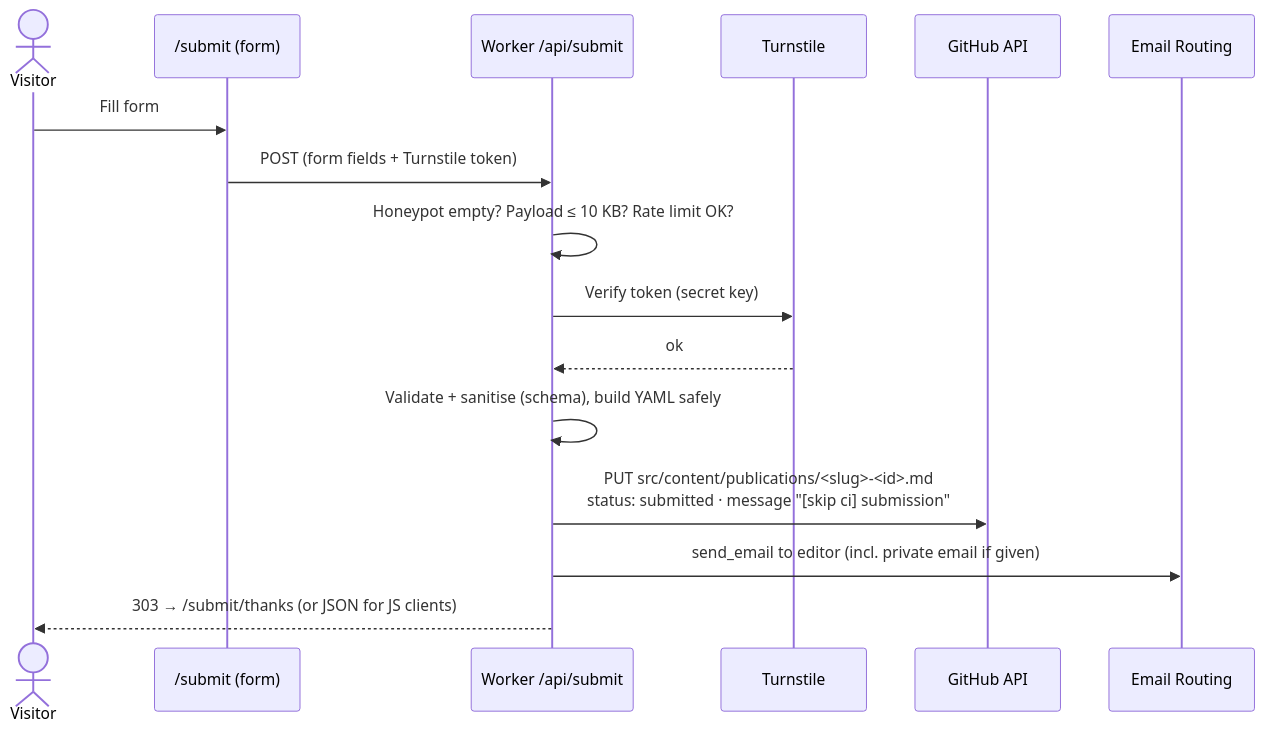
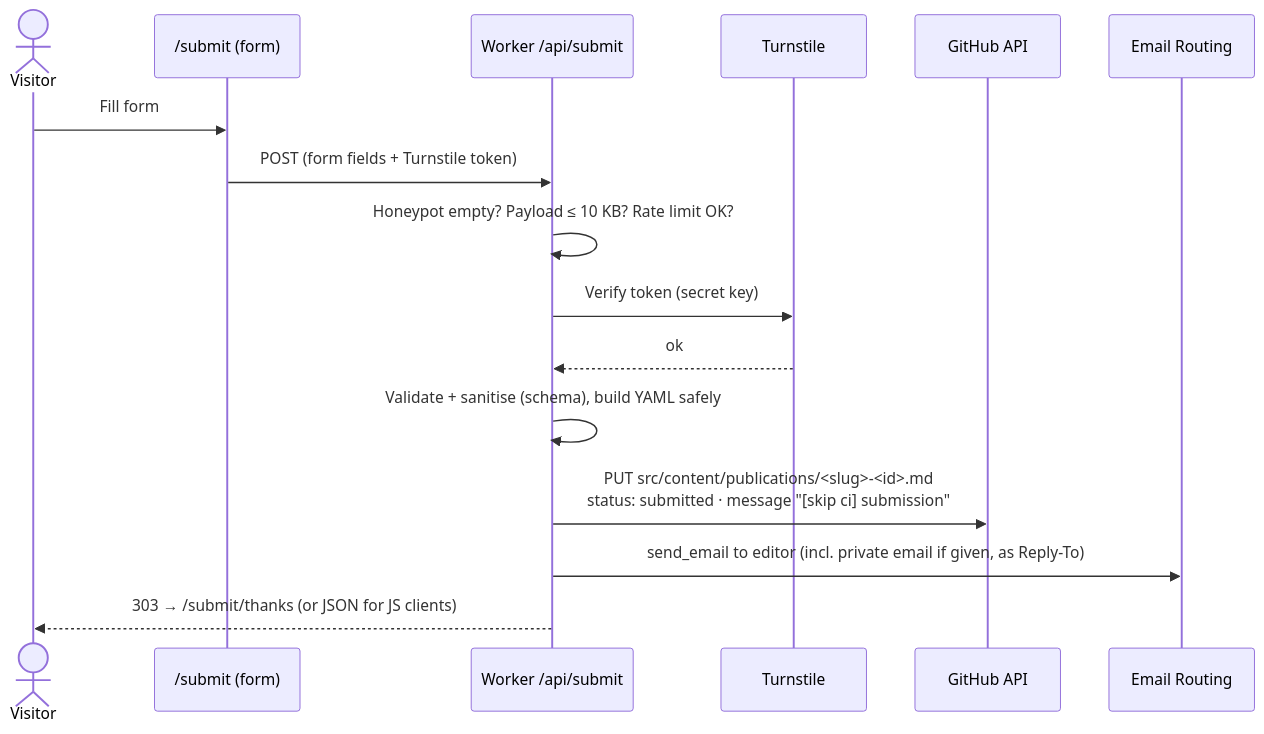
One commit to guillaumeberry/typereads changed the fifth of 5 diagrams in docs/04-architecture.md. Above: the diagram before and after it, drawn with Mermaid. The commit also changed other lines of this file and 21 other files, not shown here.

````diff
--- a/docs/04-architecture.md
+++ b/docs/04-architecture.md
@@ -278,18 +278,18 @@
 ```mermaid
 sequenceDiagram
   actor U as Visitor
   participant F as /submit (form)
   participant W as Worker /api/submit
   participant T as Turnstile
   participant GH as GitHub API
   participant M as Email Routing
   U->>F: Fill form
   F->>W: POST (form fields + Turnstile token)
   W->>W: Honeypot empty? Payload ≤ 10 KB? Rate limit OK?
   W->>T: Verify token (secret key)
   T-->>W: ok
   W->>W: Validate + sanitise (schema), build YAML safely
   W->>GH: PUT src/content/publications/<slug>-<id>.md<br/>status: submitted · message "[skip ci] submission"
-  W->>M: send_email to editor (incl. private email if given)
+  W->>M: send_email to editor (incl. private email if given, as Reply-To)
   W-->>U: 303 → /submit/thanks (or JSON for JS clients)
 ```
````
